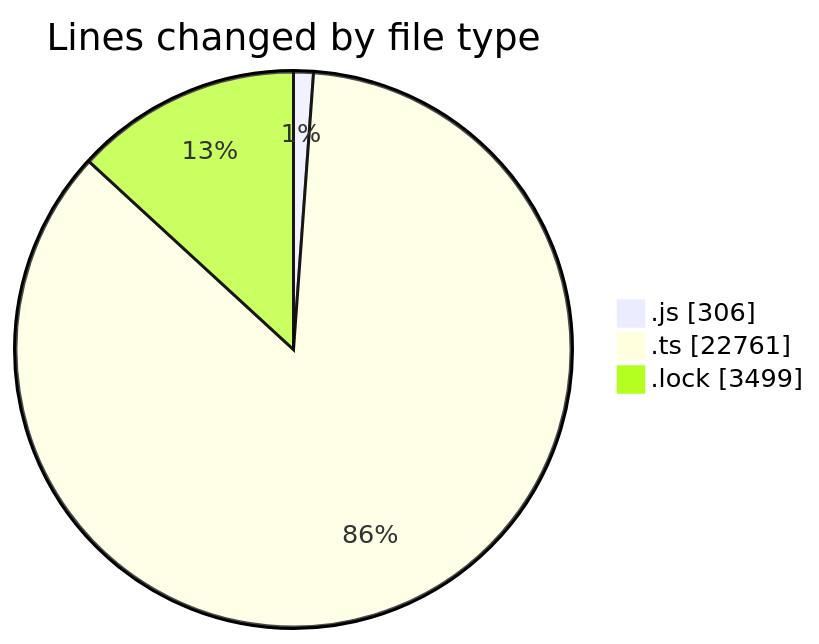
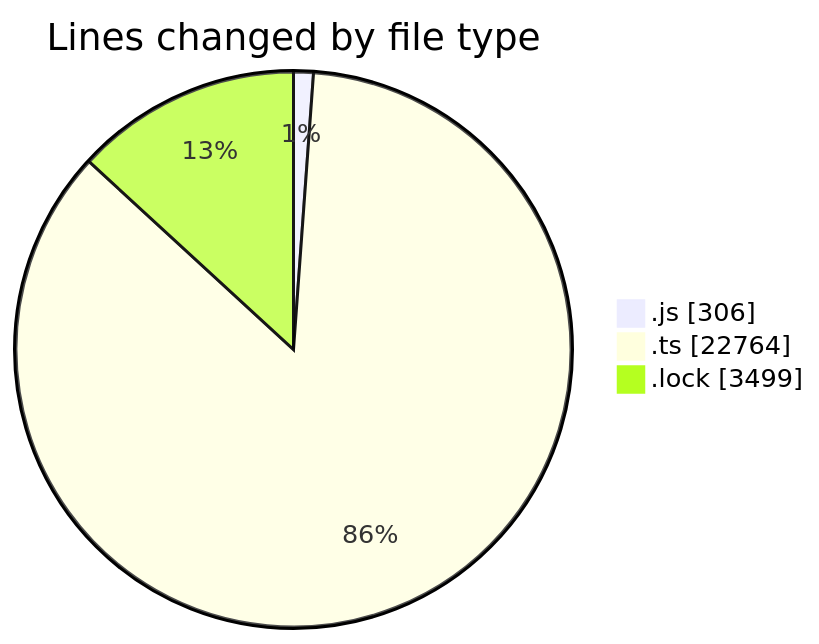
The first of 2 diagrams in 2025-05-27/cda/README.md (momahboobian/code-tracking), drawn with Mermaid before and after one commit. The commit also changed other lines of this file and 1 other file, not shown here.

````diff
--- a/2025-05-27/cda/README.md
+++ b/2025-05-27/cda/README.md
@@ -28,7 +28,7 @@
 ```mermaid
 pie showData
 title Lines changed by file type
 ".js" : 306
-".ts" : 22761
+".ts" : 22764
 ".lock" : 3499
 ```
````
